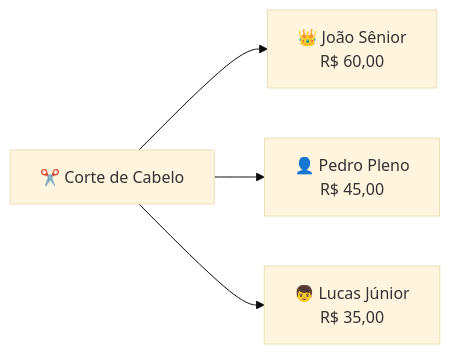
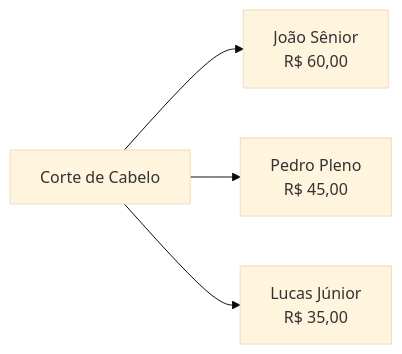
One commit to AgendoCerto/docs changed the second of 5 diagrams in contents/guides/profissionais.md. Above: the diagram before and after it, drawn with Mermaid (base theme). The commit also changed other lines of this file and 6 other files, not shown here.

````diff
--- a/contents/guides/profissionais.md
+++ b/contents/guides/profissionais.md
@@ -104,7 +103,7 @@
 ```mermaid
 graph LR
-    A[✂️ Corte de Cabelo]
-    A --> B[👑 João Sênior<br/>R$ 60,00]
-    A --> C[👤 Pedro Pleno<br/>R$ 45,00]
-    A --> D[👦 Lucas Júnior<br/>R$ 35,00]
+    A[Corte de Cabelo]
+    A --> B[João Sênior<br/>R$ 60,00]
+    A --> C[Pedro Pleno<br/>R$ 45,00]
+    A --> D[Lucas Júnior<br/>R$ 35,00]
 ```
````
